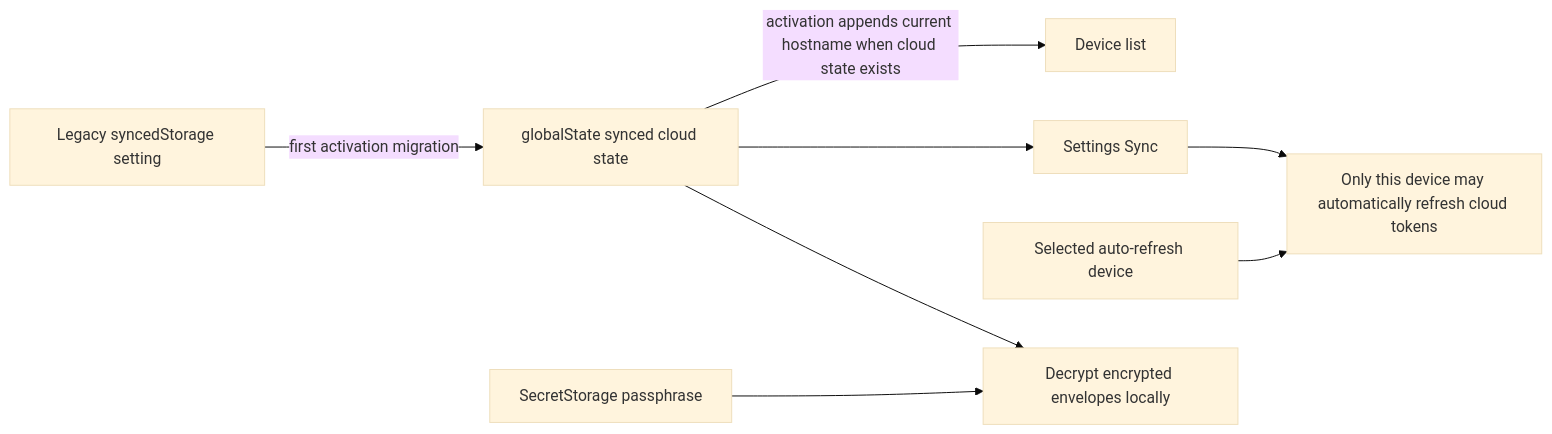
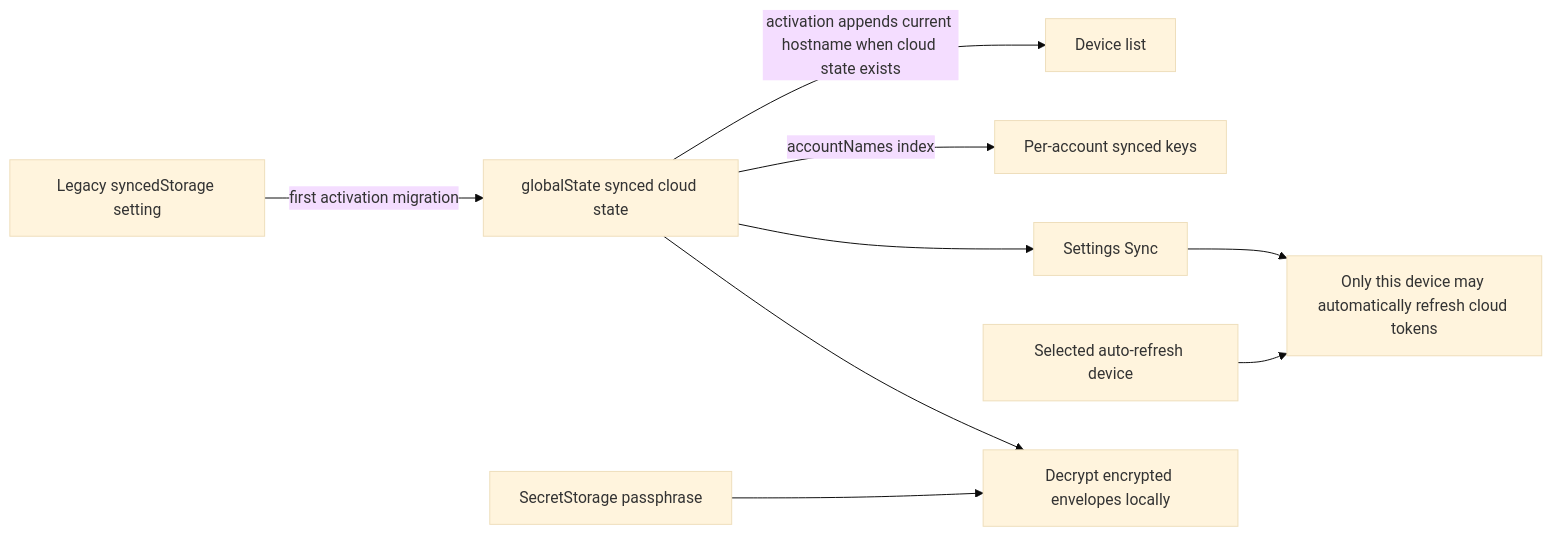
Before and after one commit to jqknono/codex-account-switch: the diagram in docs/synced-cloud-state.md, drawn with Mermaid (base theme). The commit also changed other lines of this file and 10 other files, not shown here.

First line of the commit message:
feat(account): implement per-account synced storage and quota caching

````diff
--- a/docs/synced-cloud-state.md
+++ b/docs/synced-cloud-state.md
@@ -16,10 +17,11 @@
 ```mermaid
 flowchart LR
   A[Legacy syncedStorage setting] -->|first activation migration| B[globalState synced cloud state]
   B -->|activation appends current hostname when cloud state exists| C[Device list]
+  B -->|accountNames index| I[Per-account synced keys]
   B --> D[Settings Sync]
   E[Selected auto-refresh device] --> F[Only this device may automatically refresh cloud tokens]
   D --> F
   G[SecretStorage passphrase] --> H[Decrypt encrypted envelopes locally]
   B --> H
 ```
````
